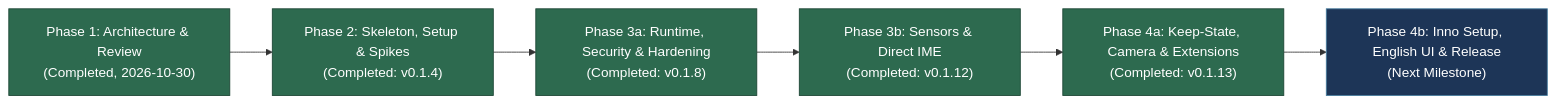
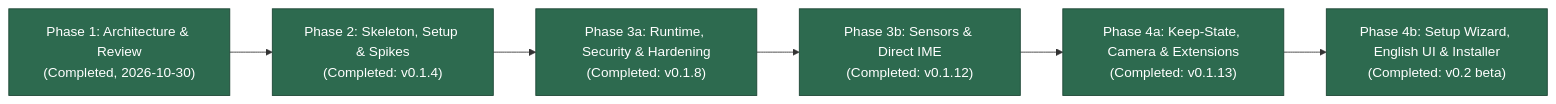
One commit to OrcusExtreme/Orcus_APK_Emulator changed the diagram in README.md. Above: the diagram before and after it, drawn with Mermaid. The commit also changed other lines of this file and 119 other files, not shown here.

````diff
--- a/README.md
+++ b/README.md
@@ -90,14 +90,14 @@
 ```mermaid
 flowchart LR
     A["Phase 1: Architecture & Review<br/>(Completed, 2026-10-30)"] --> B["Phase 2: Skeleton, Setup & Spikes<br/>(Completed: v0.1.4)"]
     B --> C["Phase 3a: Runtime, Security & Hardening<br/>(Completed: v0.1.8)"]
     C --> D["Phase 3b: Sensors & Direct IME<br/>(Completed: v0.1.12)"]
     D --> E["Phase 4a: Keep-State, Camera & Extensions<br/>(Completed: v0.1.13)"]
-    E --> F["Phase 4b: Inno Setup, English UI & Release<br/>(Next Milestone)"]
+    E --> F["Phase 4b: Setup Wizard, English UI & Installer<br/>(Completed: v0.2 beta)"]
     style A fill:#2d6a4f,stroke:#1b4332,color:#fff
     style B fill:#2d6a4f,stroke:#1b4332,color:#fff
     style C fill:#2d6a4f,stroke:#1b4332,color:#fff
     style D fill:#2d6a4f,stroke:#1b4332,color:#fff
     style E fill:#2d6a4f,stroke:#1b4332,color:#fff
-    style F fill:#1d3557,stroke:#457b9d,color:#fff
+    style F fill:#2d6a4f,stroke:#1b4332,color:#fff
 ```
````
